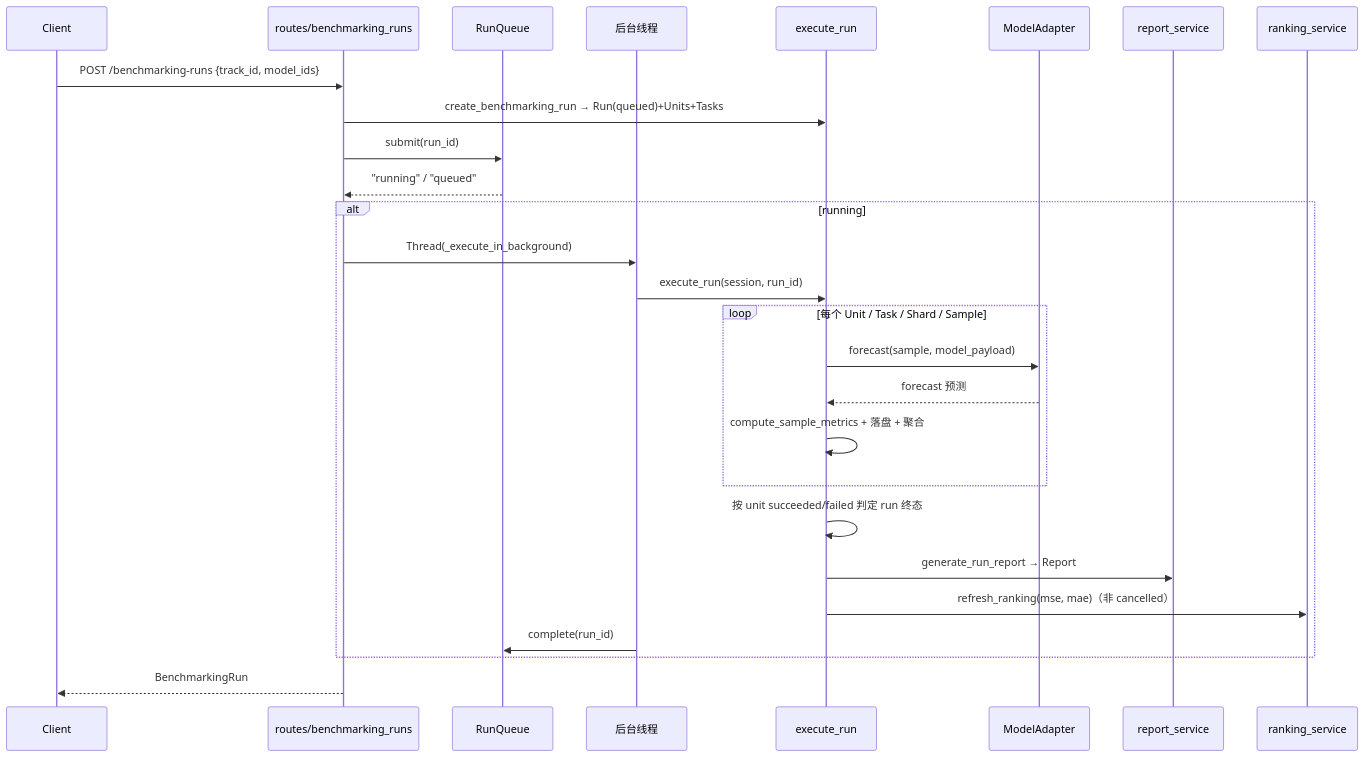
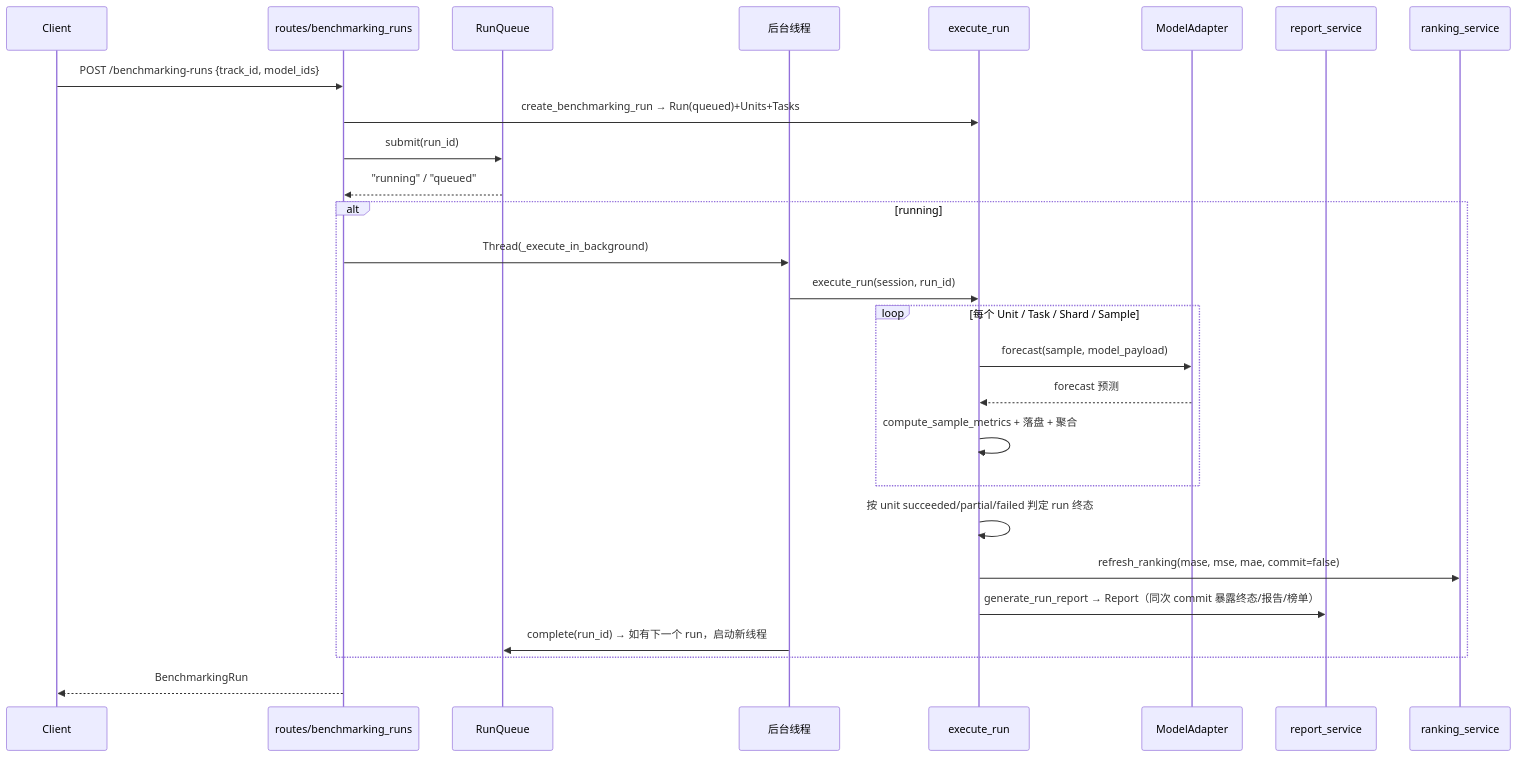
Before and after one commit to thulab/CaFE: the fourth of 6 diagrams in docs/developer/key-flows.md, drawn with Mermaid. The commit also changed other lines of this file and 32 other files, not shown here.

````diff
--- a/docs/developer/key-flows.md
+++ b/docs/developer/key-flows.md
@@ -203,30 +201,30 @@
 ```mermaid
 sequenceDiagram
     participant C as Client
     participant RT as routes/benchmarking_runs
     participant Q as RunQueue
     participant TH as 后台线程
     participant EX as execute_run
     participant AD as ModelAdapter
     participant RPT as report_service
     participant RNK as ranking_service
 
     C->>RT: POST /benchmarking-runs {track_id, model_ids}
     RT->>EX: create_benchmarking_run → Run(queued)+Units+Tasks
     RT->>Q: submit(run_id)
     Q-->>RT: "running" / "queued"
     alt running
         RT->>TH: Thread(_execute_in_background)
         TH->>EX: execute_run(session, run_id)
         loop 每个 Unit / Task / Shard / Sample
             EX->>AD: forecast(sample, model_payload)
             AD-->>EX: forecast 预测
             EX->>EX: compute_sample_metrics + 落盘 + 聚合
         end
-        EX->>EX: 按 unit succeeded/failed 判定 run 终态
-        EX->>RPT: generate_run_report → Report
-        EX->>RNK: refresh_ranking(mse, mae)（非 cancelled）
-        TH->>Q: complete(run_id)
+        EX->>EX: 按 unit succeeded/partial/failed 判定 run 终态
+        EX->>RNK: refresh_ranking(mase, mse, mae, commit=false)
+        EX->>RPT: generate_run_report → Report（同次 commit 暴露终态/报告/榜单）
+        TH->>Q: complete(run_id) → 如有下一个 run，启动新线程
     end
     RT-->>C: BenchmarkingRun
 ```
````
